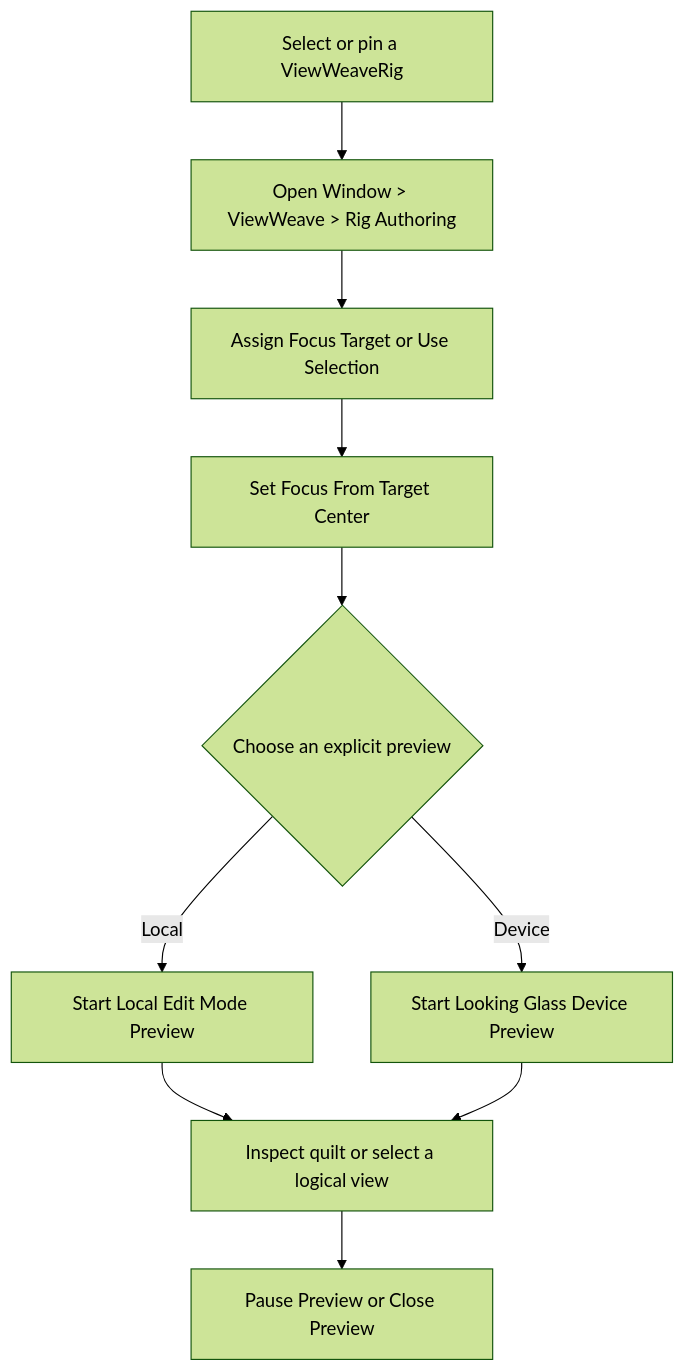
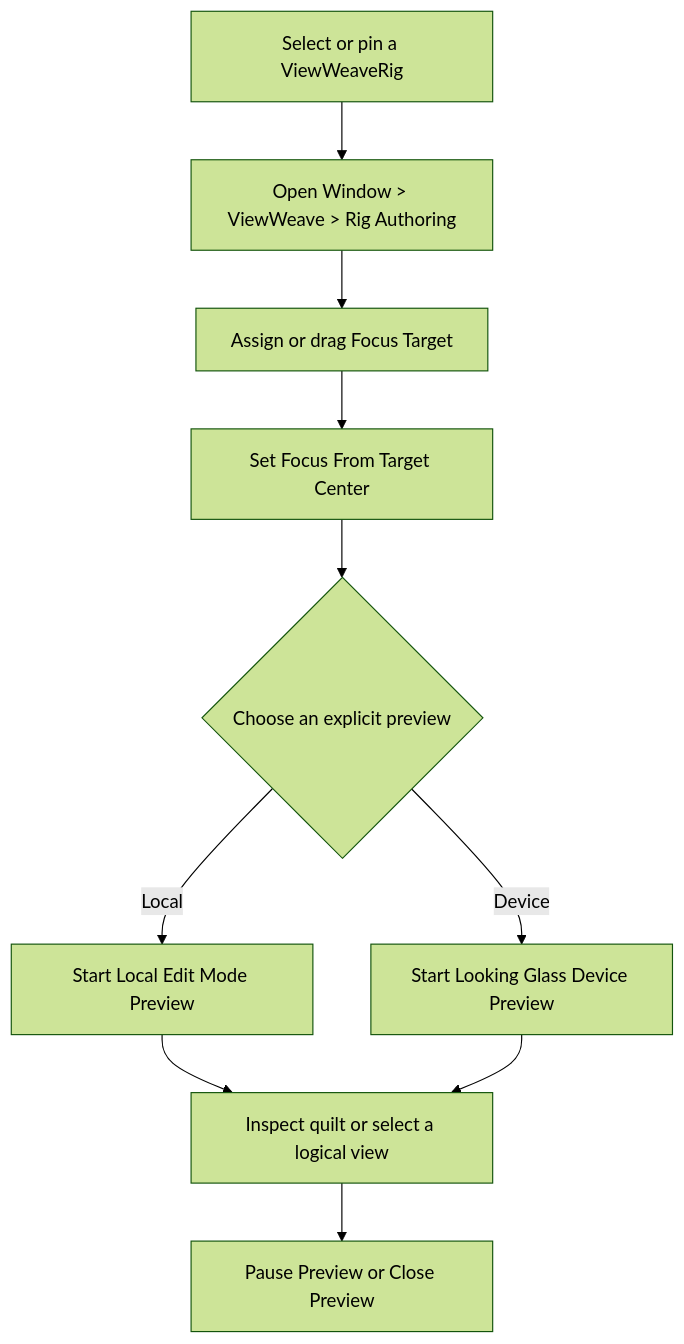
One commit to zabaglione/ViewWeave changed the first of 4 diagrams in docs/quilt-authoring.md. Above: the diagram before and after it, drawn with Mermaid (forest theme). The commit also changed other lines of this file and 15 other files, not shown here.

Commit message:
Remove Use Selection from focus controls

````diff
--- a/docs/quilt-authoring.md
+++ b/docs/quilt-authoring.md
@@ -19,12 +19,12 @@
 ```mermaid
 flowchart TB
     Rig["Select or pin a ViewWeaveRig"] --> Window["Open Window > ViewWeave > Rig Authoring"]
-    Window --> Target["Assign Focus Target or Use Selection"]
+    Window --> Target["Assign or drag Focus Target"]
     Target --> Focus["Set Focus From Target Center"]
     Focus --> Preview{"Choose an explicit preview"}
     Preview -->|Local| Local["Start Local Edit Mode Preview"]
     Preview -->|Device| Device["Start Looking Glass Device Preview"]
     Local --> Inspect["Inspect quilt or select a logical view"]
     Device --> Inspect
     Inspect --> Stop["Pause Preview or Close Preview"]
 ```
````
